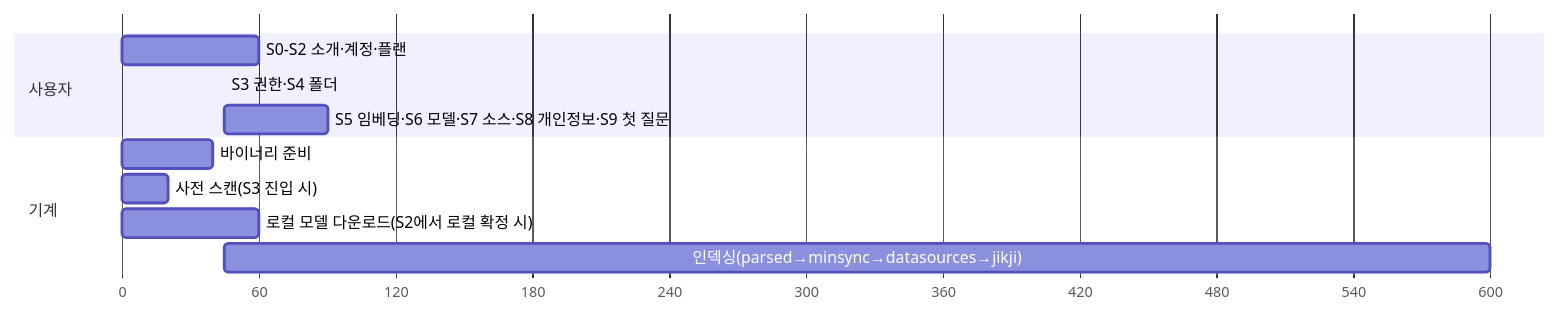
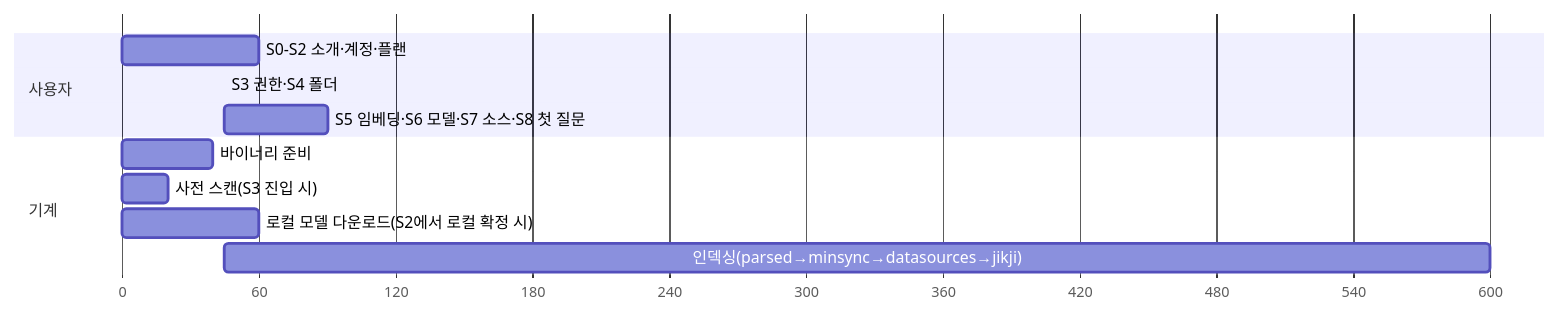
The second of 2 diagrams in docs/onboarding-plan.md (NomaDamas/AutoRAG-app), drawn with Mermaid before and after one commit. The commit also changed other lines of this file and 1 other file, not shown here.

Commit message:
docs(onboarding): remove the privacy step from the flow

````diff
--- a/docs/onboarding-plan.md
+++ b/docs/onboarding-plan.md
@@ -188,14 +178,14 @@
 ```mermaid
 gantt
   dateFormat X
   axisFormat %s
   section 사용자
   S0-S2 소개·계정·플랜 :u1, 0, 60
   S3 권한·S4 폴더 :u2, after u1, 45
-  S5 임베딩·S6 모델·S7 소스·S8 개인정보·S9 첫 질문 :u3, after u2, 90
+  S5 임베딩·S6 모델·S7 소스·S8 첫 질문 :u3, after u2, 90
   section 기계
   바이너리 준비 :m1, 0, 40
   사전 스캔(S3 진입 시) :m2, 60, 20
   로컬 모델 다운로드(S2에서 로컬 확정 시) :m3, 60, 60
   인덱싱(parsed→minsync→datasources→jikji) :m4, after u2, 600
 ```
````
